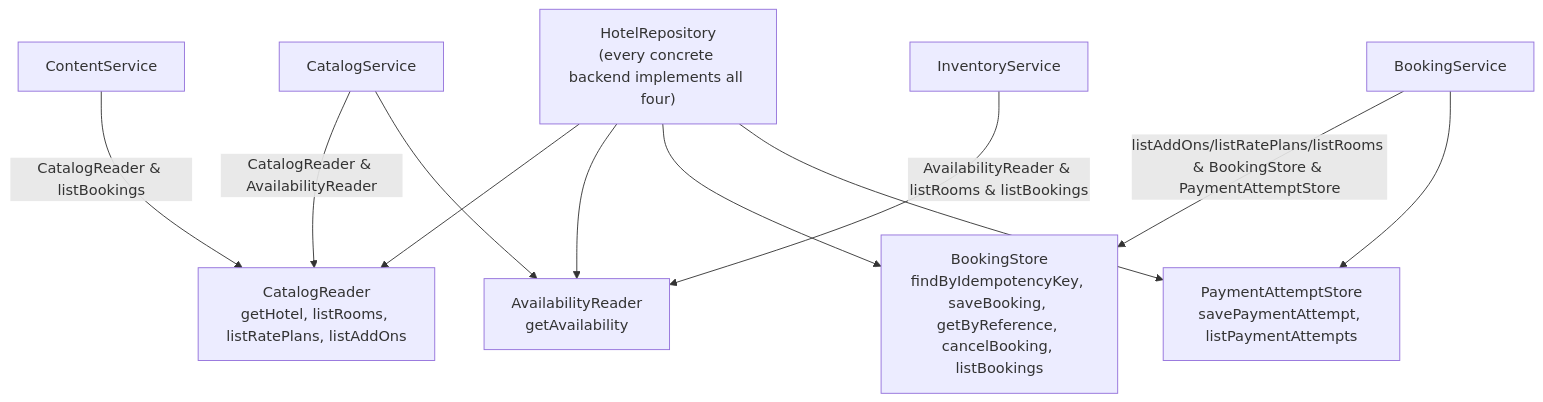
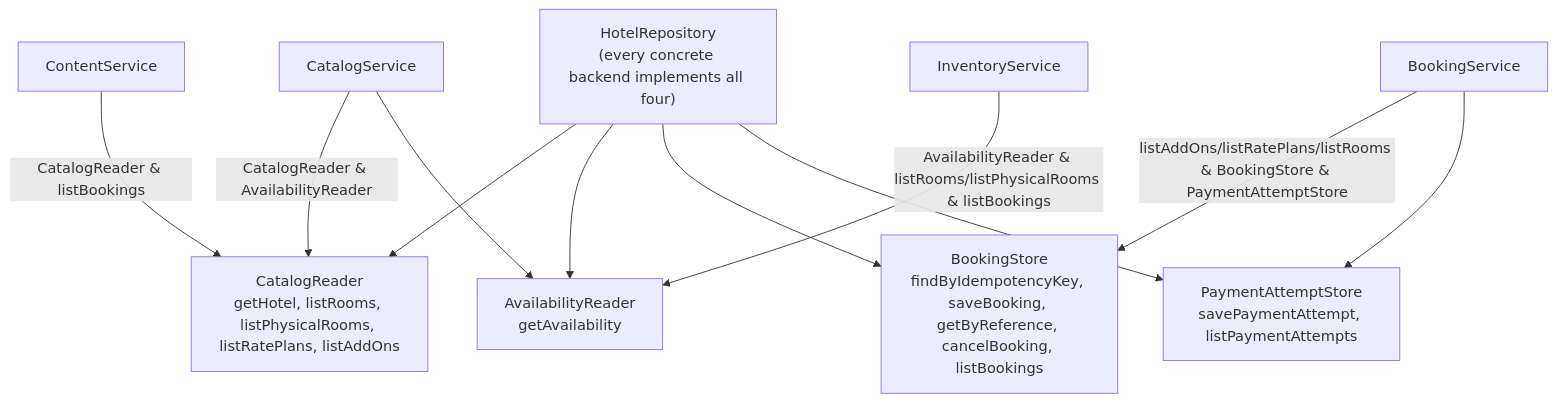
The second of 3 diagrams in docs/ARCHITECTURE.md (eerinessofsilence/spark-staysphere), drawn with Mermaid before and after one commit. The commit also changed other lines of this file and 50 other files, not shown here.

````diff
--- a/docs/ARCHITECTURE.md
+++ b/docs/ARCHITECTURE.md
@@ -46,19 +46,19 @@
 ```mermaid
 flowchart TD
     HR["HotelRepository\n(every concrete backend implements all four)"]
-    CR[CatalogReader\ngetHotel, listRooms, listRatePlans, listAddOns]
+    CR[CatalogReader\ngetHotel, listRooms, listPhysicalRooms, listRatePlans, listAddOns]
     AR[AvailabilityReader\ngetAvailability]
     BS[BookingStore\nfindByIdempotencyKey, saveBooking, getByReference, cancelBooking, listBookings]
     PS[PaymentAttemptStore\nsavePaymentAttempt, listPaymentAttempts]
     HR --> CR
     HR --> AR
     HR --> BS
     HR --> PS
 
     CatalogService -->|CatalogReader & AvailabilityReader| CR
     CatalogService --> AR
     ContentService -->|CatalogReader & listBookings| CR
-    InventoryService -->|AvailabilityReader & listRooms & listBookings| AR
+    InventoryService -->|AvailabilityReader & listRooms/listPhysicalRooms & listBookings| AR
     BookingService -->|listAddOns/listRatePlans/listRooms & BookingStore & PaymentAttemptStore| BS
     BookingService --> PS
 ```
````
